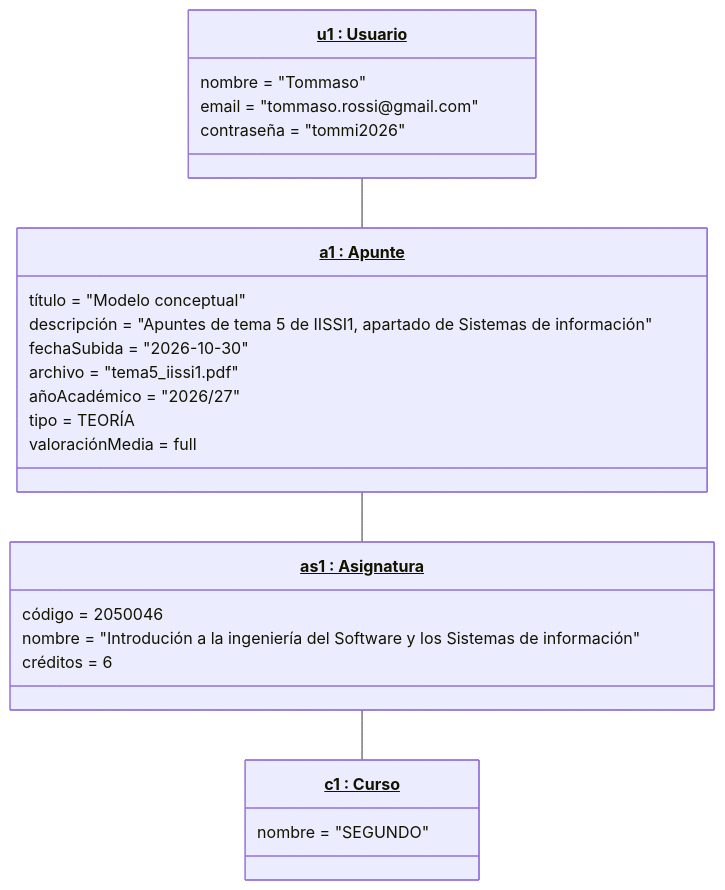
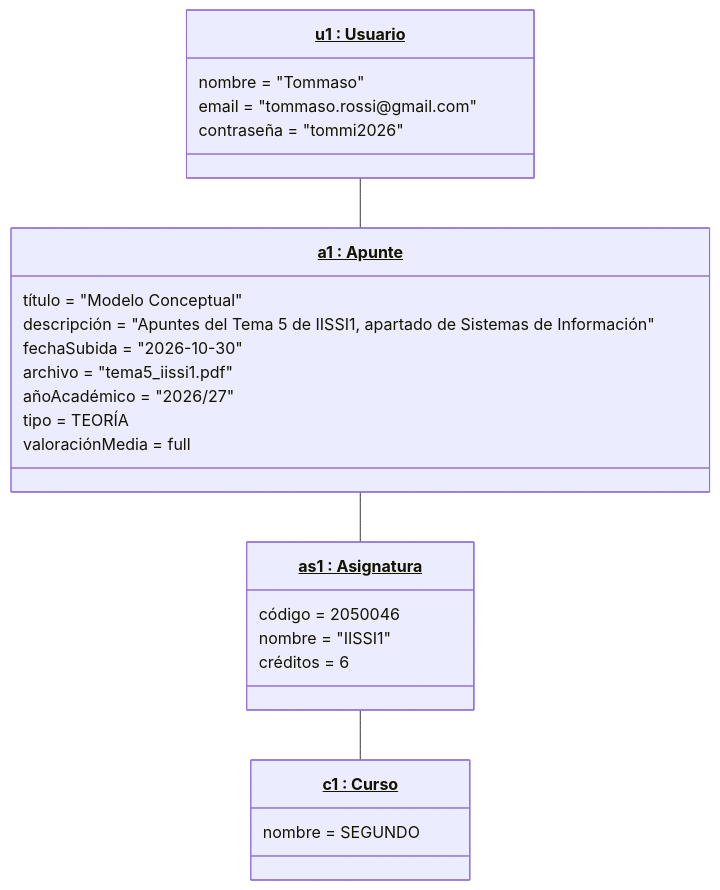
Before and after one commit to JaavierBC/proyecto-curso-iissi1-2026-GWQ0807: the first of 2 diagrams in README.md, drawn with Mermaid. The commit also changed other lines of this file, not shown here.

Commit message:
Actualizar EP-01

````diff
--- a/README.md
+++ b/README.md
@@ -349,28 +351,28 @@
 ```mermaid
 classDiagram
     class u1["<u>u1 : Usuario</u>"]{
         nombre = "Tommaso"
         email = "tommaso.rossi@gmail.com"
         contraseña = "tommi2026"
     }
     class a1["<u>a1 : Apunte</u>"]{
-        título = "Modelo conceptual"
-        descripción = "Apuntes de tema 5 de IISSI1, apartado de Sistemas de información"
+        título = "Modelo Conceptual"
+        descripción = "Apuntes del Tema 5 de IISSI1, apartado de Sistemas de Información"
         fechaSubida = "2026-10-30"
         archivo = "tema5_iissi1.pdf"
         añoAcadémico = "2026/27"
         tipo = TEORÍA
         valoraciónMedia = full
     }
     class as1["<u>as1 : Asignatura</u>"]{
         código = 2050046
-        nombre = "Introdución a la ingeniería del Software y los Sistemas de información"
+        nombre = "IISSI1"
         créditos = 6
     }
     class c1["<u>c1 : Curso</u>"]{
-        nombre = "SEGUNDO"
+        nombre = SEGUNDO
     }
     u1 -- a1
     a1 -- as1
     as1 -- c1
 ```
````
